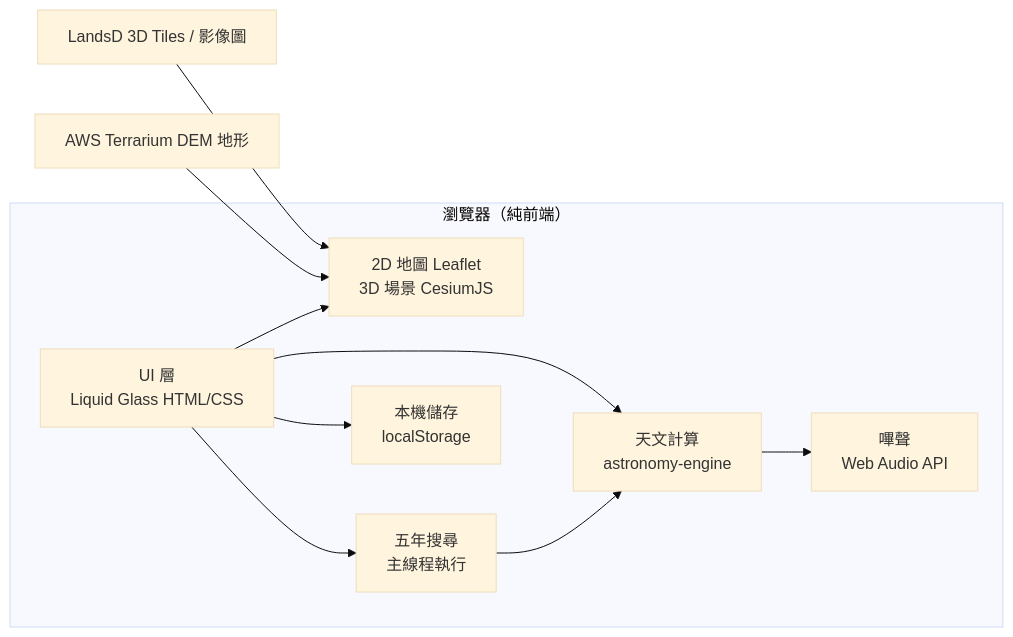
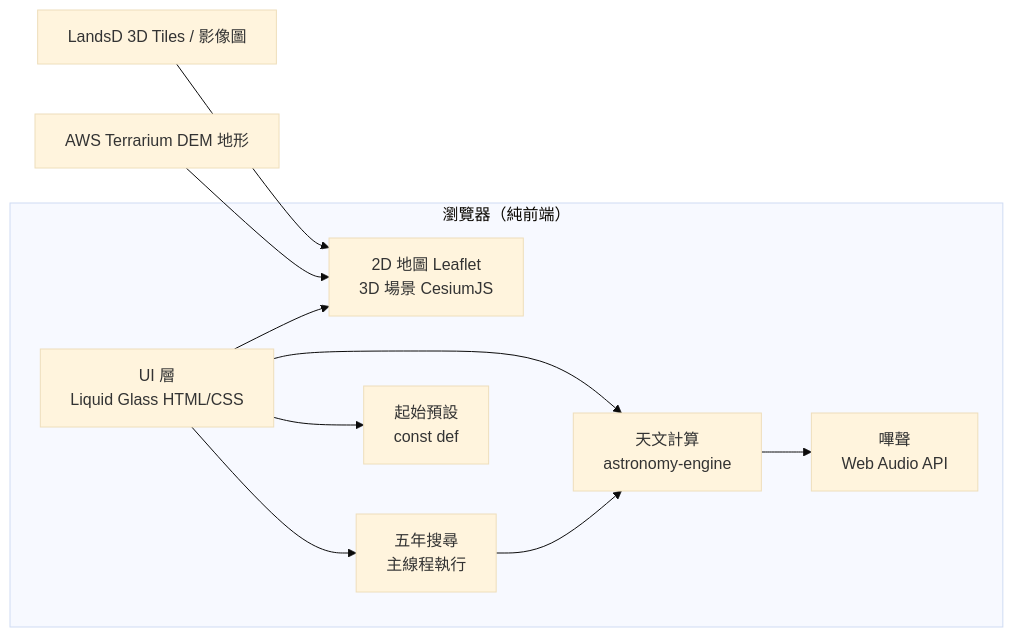
One commit to inchinet/sun-moon-trail changed the second of 2 diagrams in README.md. Above: the diagram before and after it, drawn with Mermaid (base theme). The commit also changed other lines of this file and 5 other files, not shown here.

````diff
--- a/README.md
+++ b/README.md
@@ -109,19 +108,19 @@
 ```mermaid
 flowchart LR
     subgraph Browser["瀏覽器（純前端）"]
         UI["UI 層<br/>Liquid Glass HTML/CSS"]
         MAP["2D 地圖 Leaflet<br/>3D 場景 CesiumJS"]
         ASTRO["天文計算<br/>astronomy-engine"]
         SEARCH["五年搜尋<br/>主線程執行"]
         AUDIO["嗶聲<br/>Web Audio API"]
-        STORE["本機儲存<br/>localStorage"]
+        STORE["起始預設<br/>const def"]
     end
     LANDSD["LandsD 3D Tiles / 影像圖"] --> MAP
     TERRAIN["AWS Terrarium DEM 地形"] --> MAP
     UI --> MAP
     UI --> ASTRO
     UI --> SEARCH
     SEARCH --> ASTRO
     ASTRO --> AUDIO
     UI --> STORE
 ```
````
